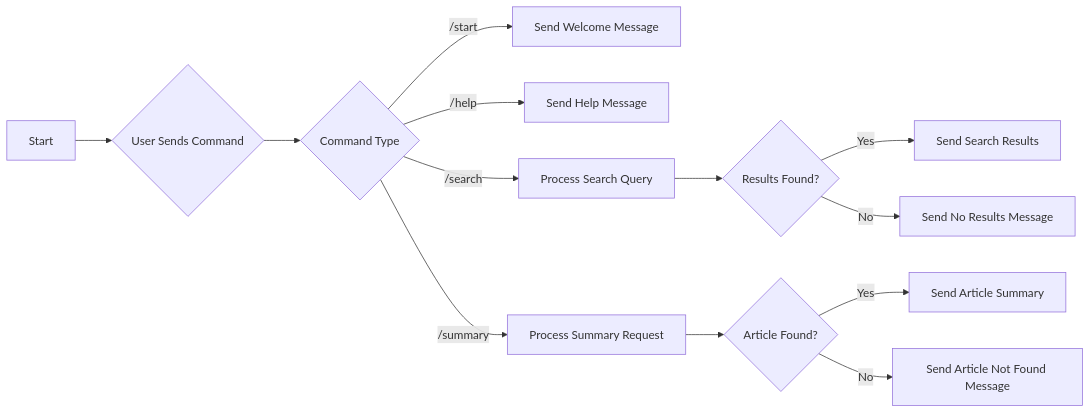
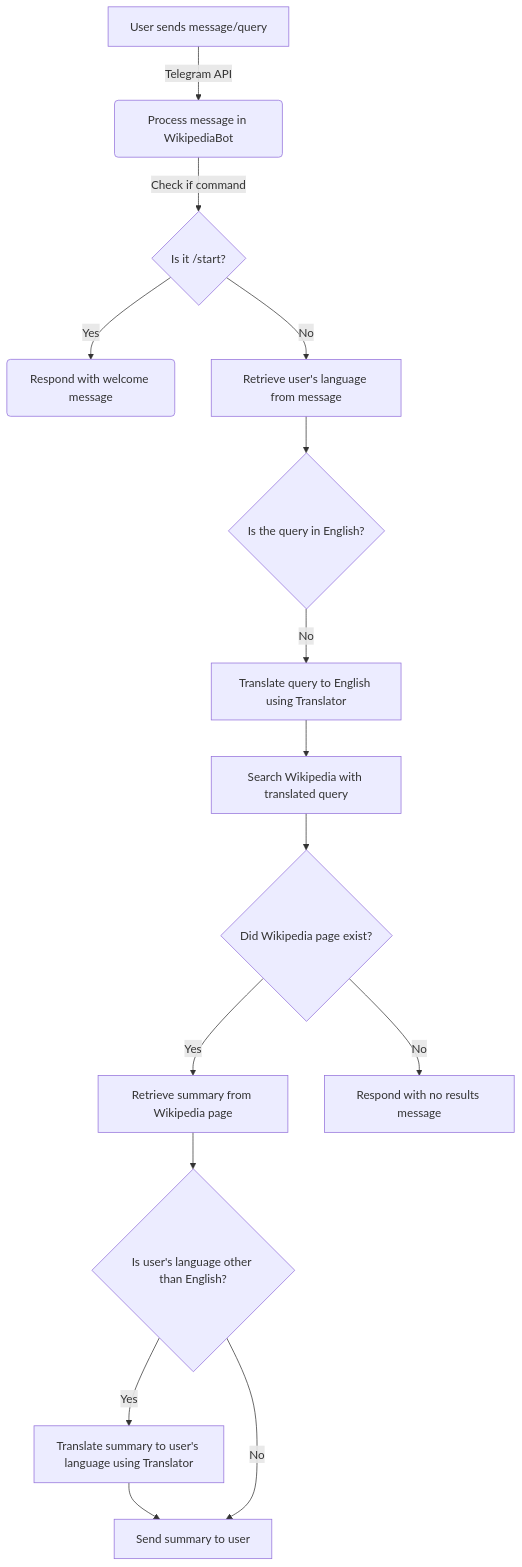
The diagram in README.md (1999AZZAR/wikipedia-powered-telegram-bot), drawn with Mermaid before and after one commit. The commit also changed other lines of this file and 5 other files, not shown here.

````diff
--- a/README.md
+++ b/README.md
@@ -78,15 +50,17 @@
 ```mermaid
-graph LR
-A[Start] --> B{User Sends Command}
-B --> C{Command Type}
-C -->|/start| D[Send Welcome Message]
-C -->|/help| E[Send Help Message]
-C -->|/search| F[Process Search Query]
-C -->|/summary| G[Process Summary Request]
-F --> H{Results Found?}
-H -->|Yes| I[Send Search Results]
-H -->|No| J[Send No Results Message]
-G --> K{Article Found?}
-K -->|Yes| L[Send Article Summary]
-K -->|No| M[Send Article Not Found Message]
+graph TD
+    A[User sends message/query] -->|Telegram API| B(Process message in WikipediaBot)
+    B -->|Check if command| C{Is it /start?}
+    C -- Yes --> D(Respond with welcome message)
+    C -- No --> E[Retrieve user's language from message]
+    E --> F{Is the query in English?}
+    F -- No --> G[Translate query to English using Translator]
+    G --> H[Search Wikipedia with translated query]
+    H --> I{Did Wikipedia page exist?}
+    I -- Yes --> J[Retrieve summary from Wikipedia page]
+    I -- No --> K[Respond with no results message]
+    J --> L{Is user's language other than English?}
+    L -- Yes --> M[Translate summary to user's language using Translator]
+    M --> N[Send translated summary to user]
+    L -- No --> N[Send summary to user]
 ```
````
